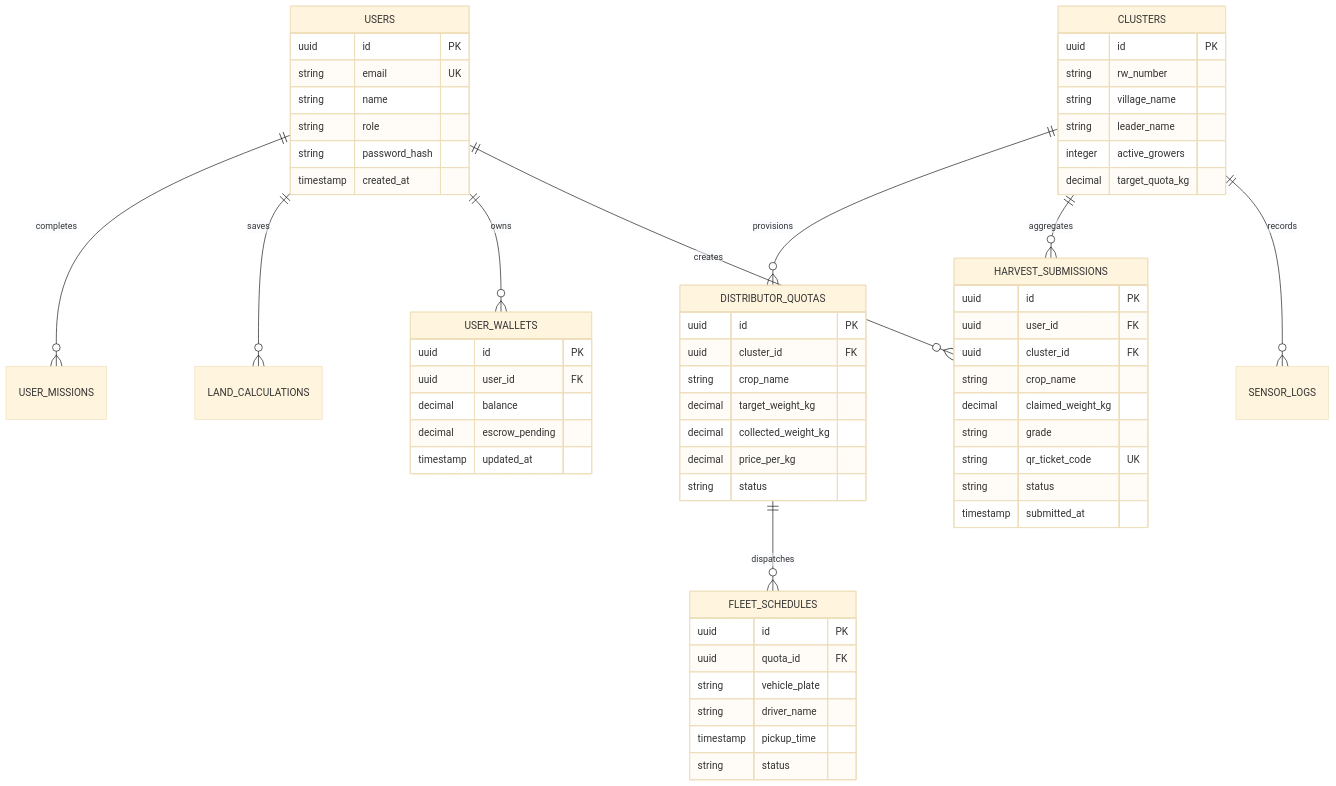
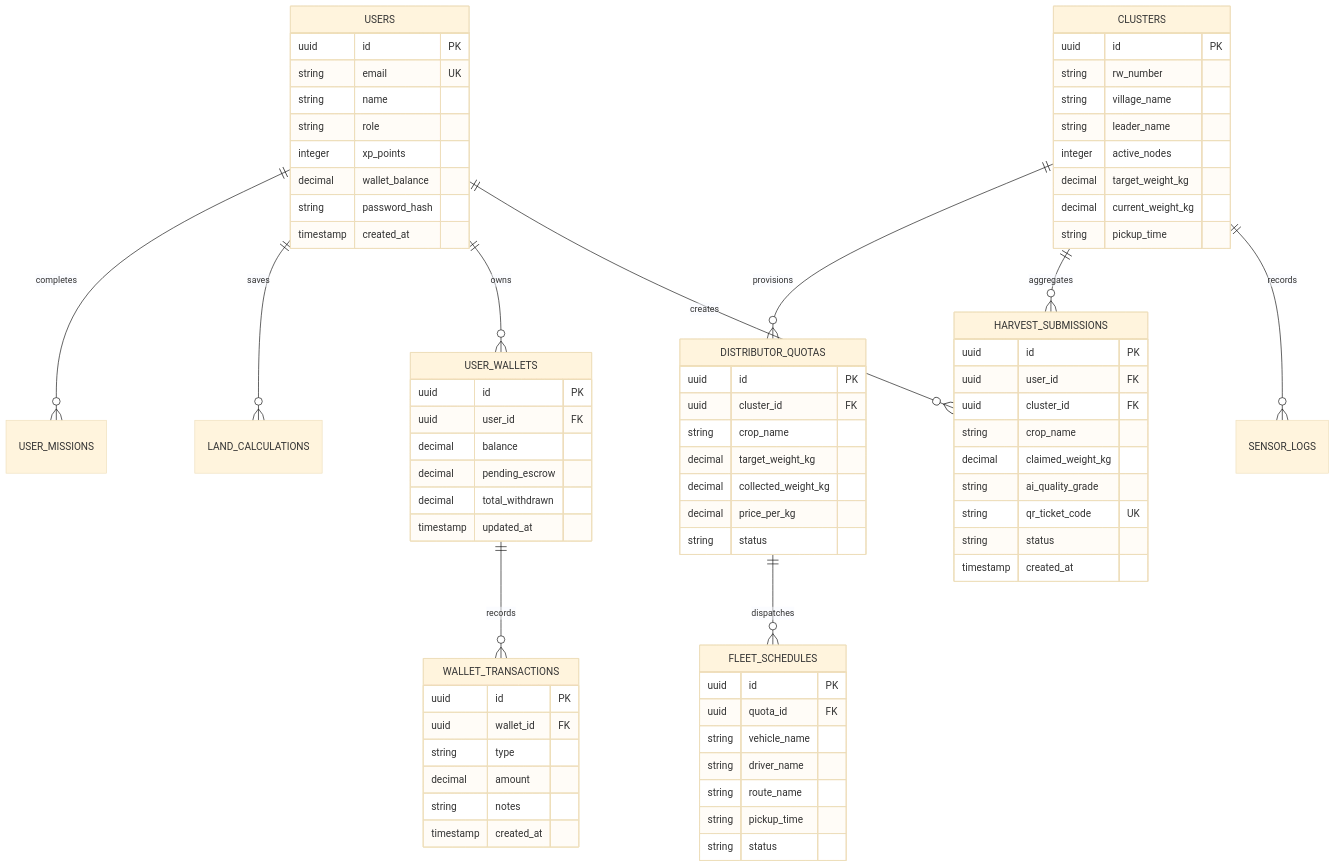
The second of 2 diagrams in README.md (adyvka31/TerasTani), drawn with Mermaid (base theme) before and after one commit. The commit also changed other lines of this file and 8 other files, not shown here.

````diff
--- a/README.md
+++ b/README.md
@@ -105,6 +226,7 @@
     USERS ||--o{ USER_WALLETS : owns
     USERS ||--o{ LAND_CALCULATIONS : saves
     USERS ||--o{ USER_MISSIONS : completes
+    USER_WALLETS ||--o{ WALLET_TRANSACTIONS : records
     CLUSTERS ||--o{ SENSOR_LOGS : records
     CLUSTERS ||--o{ HARVEST_SUBMISSIONS : aggregates
     CLUSTERS ||--o{ DISTRIBUTOR_QUOTAS : provisions
@@ -115,6 +237,8 @@
         string email UK
         string name
         string role
+        integer xp_points
+        decimal wallet_balance
         string password_hash
         timestamp created_at
     }
@@ -124,8 +248,10 @@
         string rw_number
         string village_name
         string leader_name
-        integer active_growers
-        decimal target_quota_kg
+        integer active_nodes
+        decimal target_weight_kg
+        decimal current_weight_kg
+        string pickup_time
     }
 
     HARVEST_SUBMISSIONS {
@@ -134,18 +260,28 @@
         uuid cluster_id FK
         string crop_name
         decimal claimed_weight_kg
-        string grade
+        string ai_quality_grade
         string qr_ticket_code UK
         string status
-        timestamp submitted_at
+        timestamp created_at
     }
 
     USER_WALLETS {
         uuid id PK
         uuid user_id FK
         decimal balance
-        decimal escrow_pending
+        decimal pending_escrow
+        decimal total_withdrawn
         timestamp updated_at
+    }
+
+    WALLET_TRANSACTIONS {
+        uuid id PK
+        uuid wallet_id FK
+        string type
+        decimal amount
+        string notes
+        timestamp created_at
     }
 
     DISTRIBUTOR_QUOTAS {
@@ -161,9 +297,10 @@
     FLEET_SCHEDULES {
         uuid id PK
         uuid quota_id FK
-        string vehicle_plate
+        string vehicle_name
         string driver_name
-        timestamp pickup_time
+        string route_name
+        string pickup_time
         string status
     }
 ```
````
